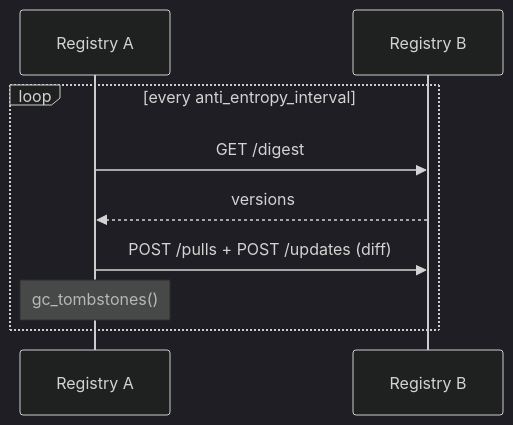
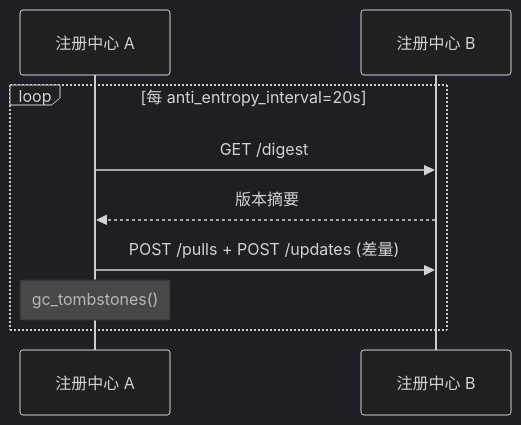
One commit to Weizheng96/A2X-registry changed the fourth of 5 diagrams in docs/cluster_design.md. Above: the diagram before and after it, drawn with Mermaid (dark theme). The commit also changed other lines of this file, not shown here.

````diff
--- a/docs/cluster_design.md
+++ b/docs/cluster_design.md
@@ -192,11 +123,11 @@
 ```mermaid
 sequenceDiagram
-    participant A as Registry A
-    participant B as Registry B
-    loop every anti_entropy_interval
+    participant A as 注册中心 A
+    participant B as 注册中心 B
+    loop 每 anti_entropy_interval=20s
         A->>B: GET /digest
-        B-->>A: versions
-        A->>B: POST /pulls + POST /updates (diff)
+        B-->>A: 版本摘要
+        A->>B: POST /pulls + POST /updates (差量)
         Note over A: gc_tombstones()
     end
 ```
````
